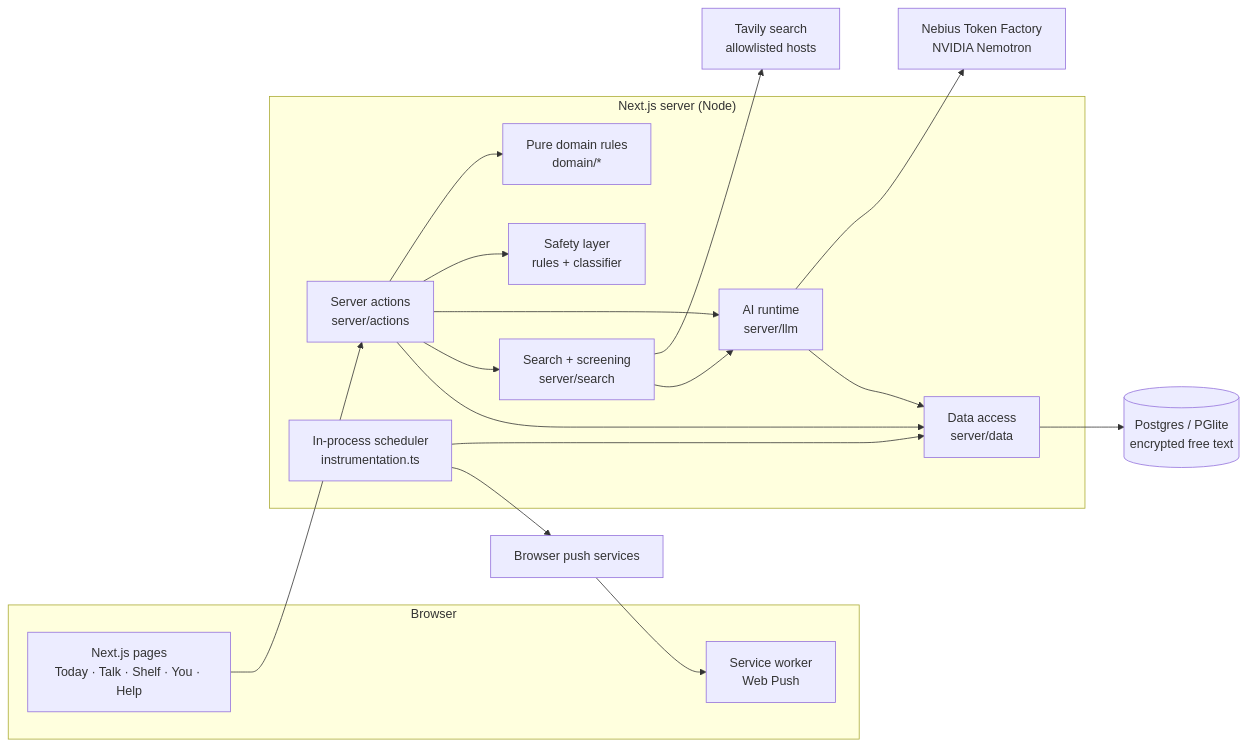
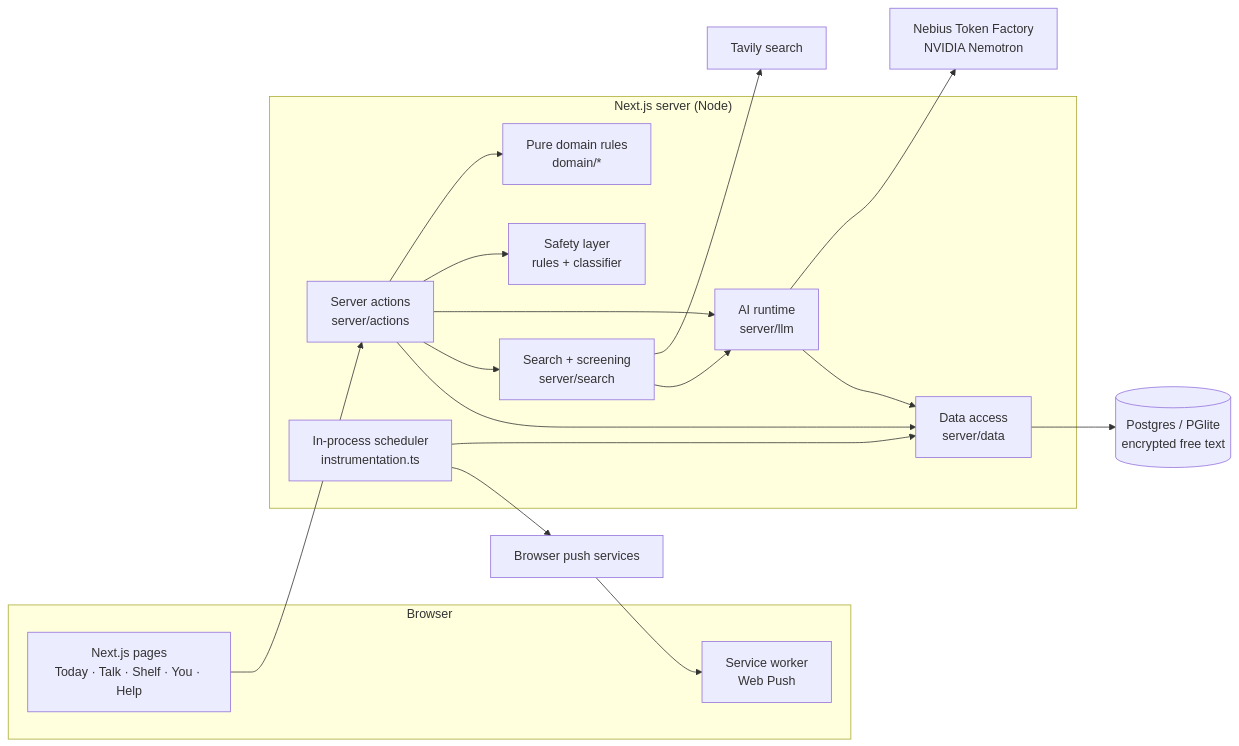
One commit to misterfesk/koe changed the diagram in ARCHITECTURE.md. Above: the diagram before and after it, drawn with Mermaid. The commit also changed other lines of this file and 6 other files, not shown here.

````diff
--- a/ARCHITECTURE.md
+++ b/ARCHITECTURE.md
@@ -17,30 +17,30 @@
 ```mermaid
 flowchart LR
   subgraph Browser
     UI[Next.js pages<br/>Today · Talk · Shelf · You · Help]
     SW[Service worker<br/>Web Push]
   end
   subgraph Server["Next.js server (Node)"]
     SA[Server actions<br/>server/actions]
     DOM[Pure domain rules<br/>domain/*]
     LLM[AI runtime<br/>server/llm]
     SAFE[Safety layer<br/>rules + classifier]
     SRCH[Search + screening<br/>server/search]
     SCHED[In-process scheduler<br/>instrumentation.ts]
     DATA[Data access<br/>server/data]
   end
   DB[(Postgres / PGlite<br/>encrypted free text)]
   NEB[Nebius Token Factory<br/>NVIDIA Nemotron]
-  TAV[Tavily search<br/>allowlisted hosts]
+  TAV[Tavily search]
   PUSH[Browser push services]
 
   UI --> SA --> DOM
   SA --> SAFE
   SA --> LLM --> NEB
   SA --> SRCH --> TAV
   SRCH --> LLM
   SA --> DATA --> DB
   SCHED --> DATA
   SCHED --> PUSH --> SW
   LLM --> DATA
 ```
````
